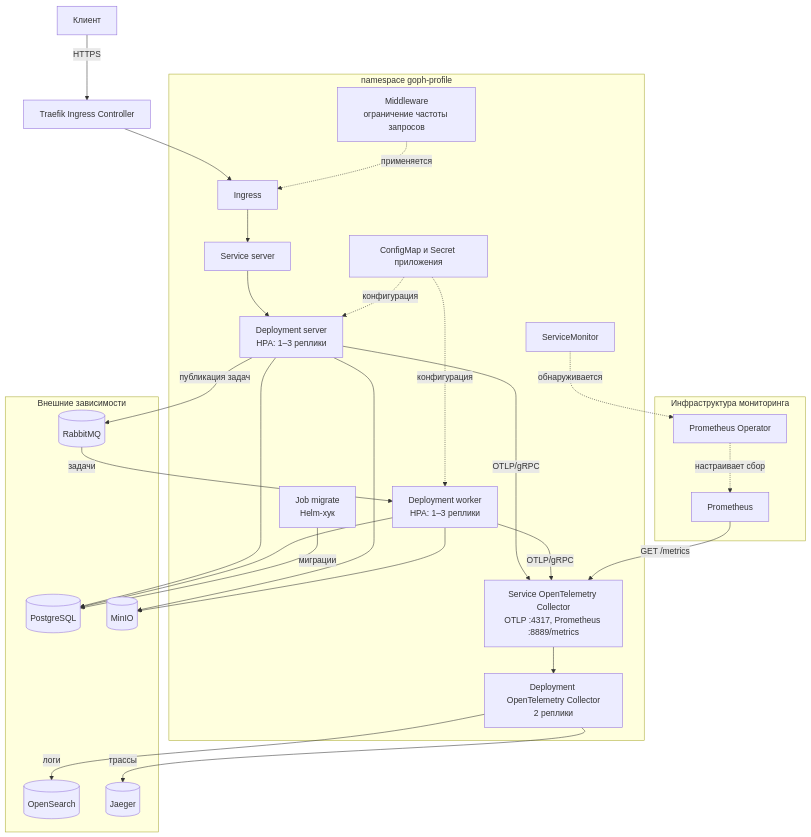
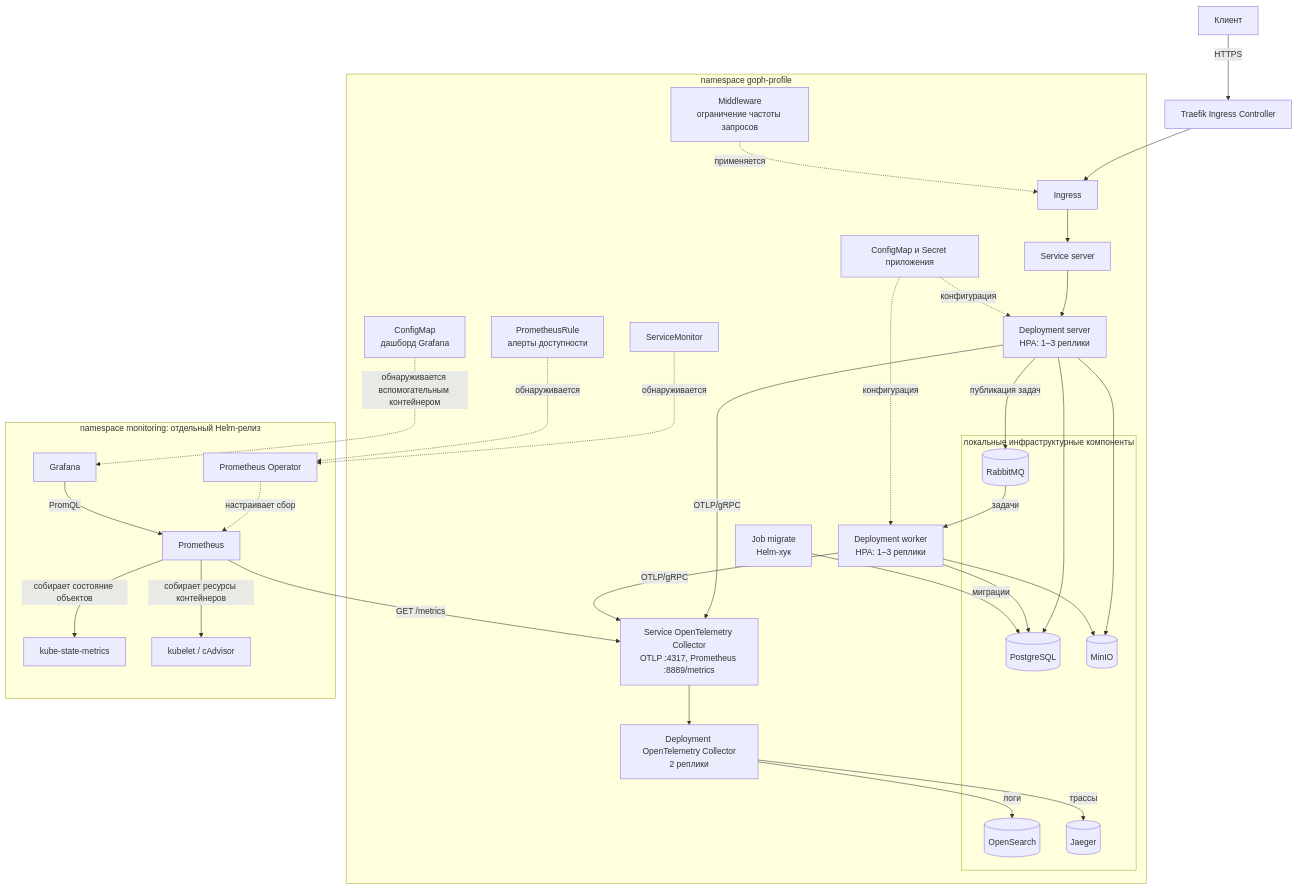
One commit to ZeroGravity-82/goph-profile changed the diagram in README.md. Above: the diagram before and after it, drawn with Mermaid. The commit also changed other lines of this file and 9 other files, not shown here.

````diff
--- a/README.md
+++ b/README.md
@@ -867,56 +899,66 @@
 ```mermaid
 flowchart TB
     client[Клиент] -->|HTTPS| traefik[Traefik Ingress Controller]
 
     subgraph appNamespace["namespace goph-profile"]
         ingress[Ingress]
         rateLimit[Middleware<br/>ограничение частоты запросов]
         serverService[Service server]
         server[Deployment server<br/>HPA: 1–3 реплики]
         worker[Deployment worker<br/>HPA: 1–3 реплики]
         migrate[Job migrate<br/>Helm-хук]
         appConfig[ConfigMap и Secret приложения]
         collectorService[Service OpenTelemetry Collector<br/>OTLP :4317, Prometheus :8889/metrics]
         collector[Deployment OpenTelemetry Collector<br/>2 реплики]
         serviceMonitor[ServiceMonitor]
-    end
+        prometheusRule[PrometheusRule<br/>алерты доступности]
+        dashboardConfig[ConfigMap<br/>дашборд Grafana]
 
-    subgraph dependencies["Внешние зависимости"]
+        subgraph localDependencies["локальные инфраструктурные компоненты"]
         postgres[(PostgreSQL)]
         minio[(MinIO)]
         rabbitmq[(RabbitMQ)]
         opensearch[(OpenSearch)]
         jaeger[(Jaeger)]
+        end
     end
 
-    subgraph monitoring["Инфраструктура мониторинга"]
+    subgraph monitoring["namespace monitoring: отдельный Helm-релиз"]
         prometheusOperator[Prometheus Operator]
         prometheus[Prometheus]
+        grafana[Grafana]
+        kubeStateMetrics[kube-state-metrics]
+        cadvisor[kubelet / cAdvisor]
     end
 
     traefik --> ingress
     rateLimit -.->|применяется| ingress
     ingress --> serverService
     serverService --> server
 
     appConfig -.->|конфигурация| server
     appConfig -.->|конфигурация| worker
 
     server --> postgres
     server --> minio
     server -->|публикация задач| rabbitmq
     rabbitmq -->|задачи| worker
     worker --> postgres
     worker --> minio
     migrate -->|миграции| postgres
 
     server -->|OTLP/gRPC| collectorService
     worker -->|OTLP/gRPC| collectorService
     collectorService --> collector
     collector -->|логи| opensearch
     collector -->|трассы| jaeger
 
     serviceMonitor -.->|обнаруживается| prometheusOperator
+    prometheusRule -.->|обнаруживается| prometheusOperator
     prometheusOperator -.->|настраивает сбор| prometheus
     prometheus -->|GET /metrics| collectorService
+    prometheus -->|собирает состояние объектов| kubeStateMetrics
+    prometheus -->|собирает ресурсы контейнеров| cadvisor
+    dashboardConfig -.->|обнаруживается вспомогательным контейнером| grafana
+    grafana -->|PromQL| prometheus
 ```
````
